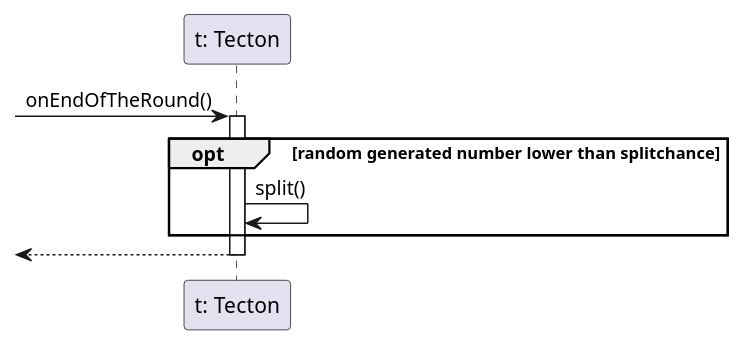
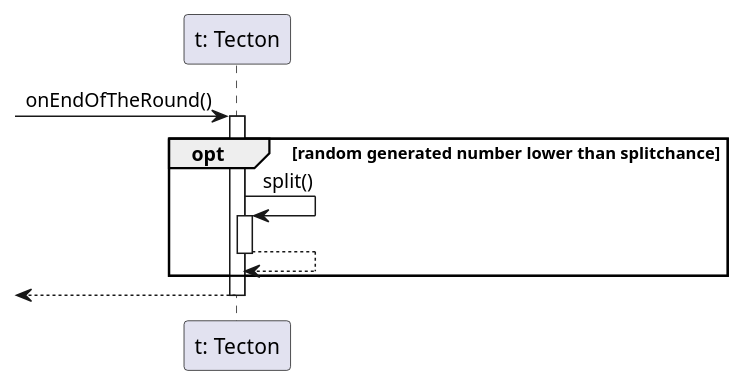
Before and after one commit to dzsem/projlab: the diagram in diagrams/sequence/tecton/endofround_tecton.plantuml, drawn with PlantUML. The commit also changed 17 other files, not shown here.

Commit message:
Patch diagrams round 1

```diff
--- a/diagrams/sequence/tecton/endofround_tecton.plantuml
+++ b/diagrams/sequence/tecton/endofround_tecton.plantuml
@@ -1,13 +1,18 @@
 @startuml endofround_tecton
 
 participant "t: Tecton" as tecton
 
 -> tecton: onEndOfTheRound()
 activate tecton
 
 opt random generated number lower than splitchance
-tecton -> tecton: split()
+	tecton -> tecton: split()
+	activate tecton
+
+	tecton --> tecton
+	deactivate tecton
 end
+
 <-- tecton
 deactivate tecton
 @enduml
```
